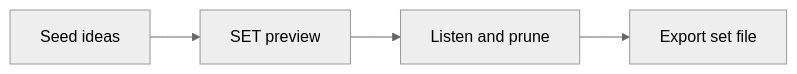
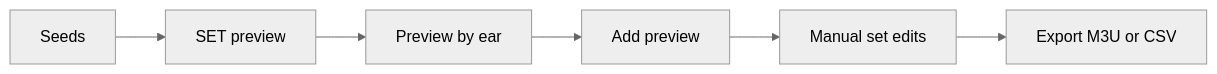
The diagram in docs/dj-track-similarity/workflows/prepare-a-set.md (MeteorBurn/dj-track-similarity), drawn with Mermaid (neutral theme) before and after one commit. The commit also changed other lines of this file and 49 other files, not shown here.

````diff
--- a/docs/dj-track-similarity/workflows/prepare-a-set.md
+++ b/docs/dj-track-similarity/workflows/prepare-a-set.md
@@ -26,6 +55,8 @@
 ```mermaid
 flowchart LR
-    A[Seed ideas] --> B[SET preview]
-    B --> C[Listen and prune]
-    C --> D[Export set file]
+    A[Seeds] --> B[SET preview]
+    B --> C[Preview by ear]
+    C --> D[Add preview]
+    D --> E[Manual set edits]
+    E --> F[Export M3U or CSV]
 ```
````
